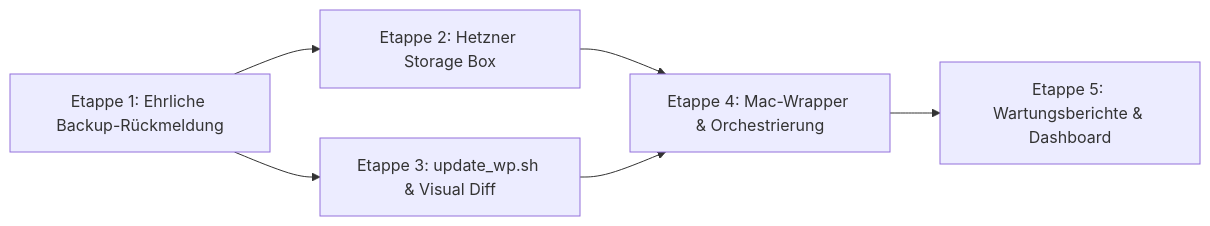
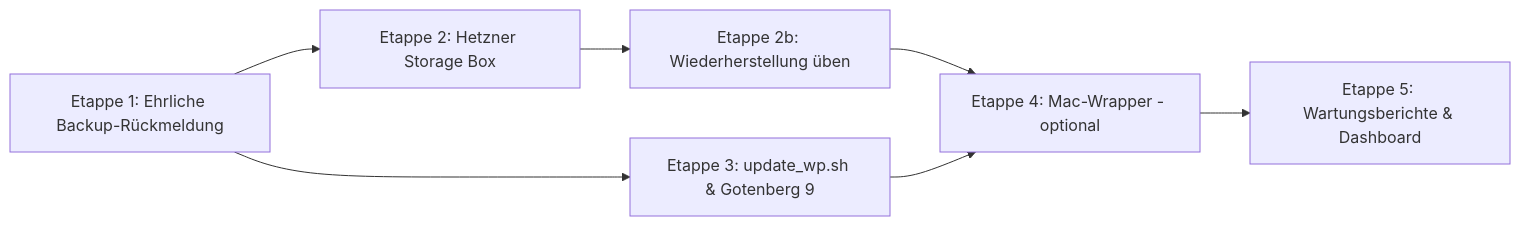
One commit to livelongandprosper/gw_backup_script_bash changed the diagram in ROADMAP.md. Above: the diagram before and after it, drawn with Mermaid. The commit also changed other lines of this file and 7 other files, not shown here.

````diff
--- a/ROADMAP.md
+++ b/ROADMAP.md
@@ -92,8 +95,9 @@
 ```mermaid
 graph LR
     E1[Etappe 1: Ehrliche Backup-Rückmeldung] --> E2[Etappe 2: Hetzner Storage Box]
-    E1 --> E3[Etappe 3: update_wp.sh & Visual Diff]
-    E2 --> E4[Etappe 4: Mac-Wrapper & Orchestrierung]
+    E2 --> E2b[Etappe 2b: Wiederherstellung üben]
+    E1 --> E3[Etappe 3: update_wp.sh & Gotenberg 9]
+    E2b --> E4[Etappe 4: Mac-Wrapper - optional]
     E3 --> E4
     E4 --> E5[Etappe 5: Wartungsberichte & Dashboard]
 ```
````
